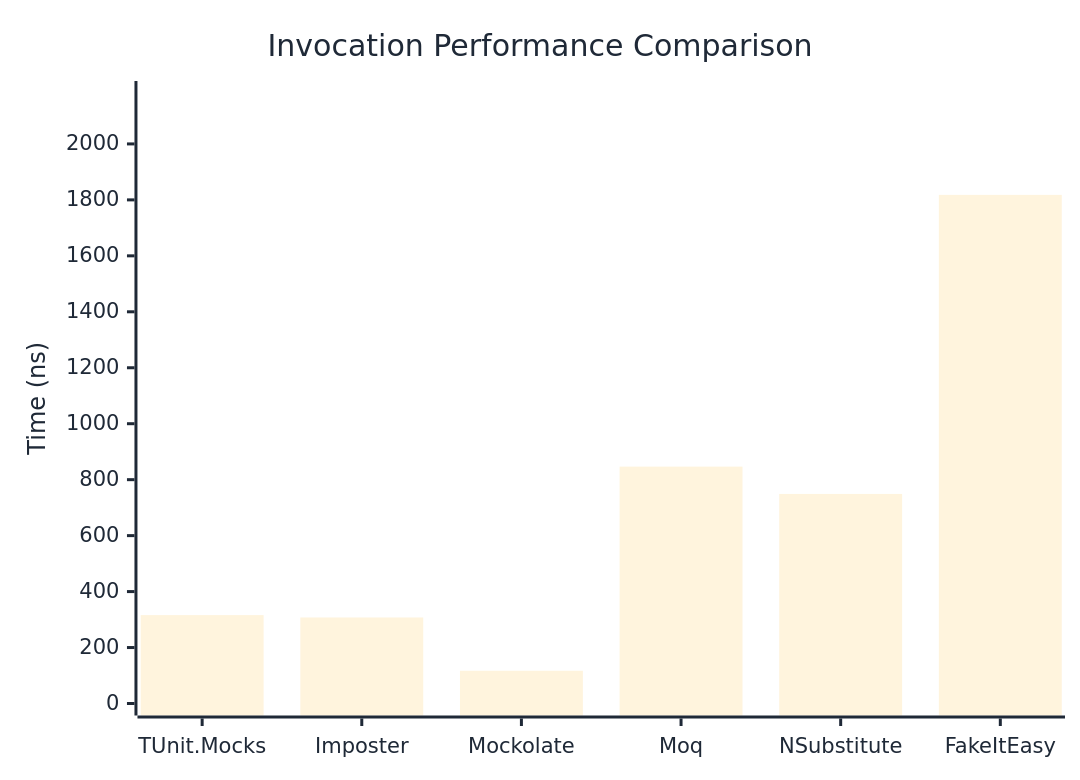
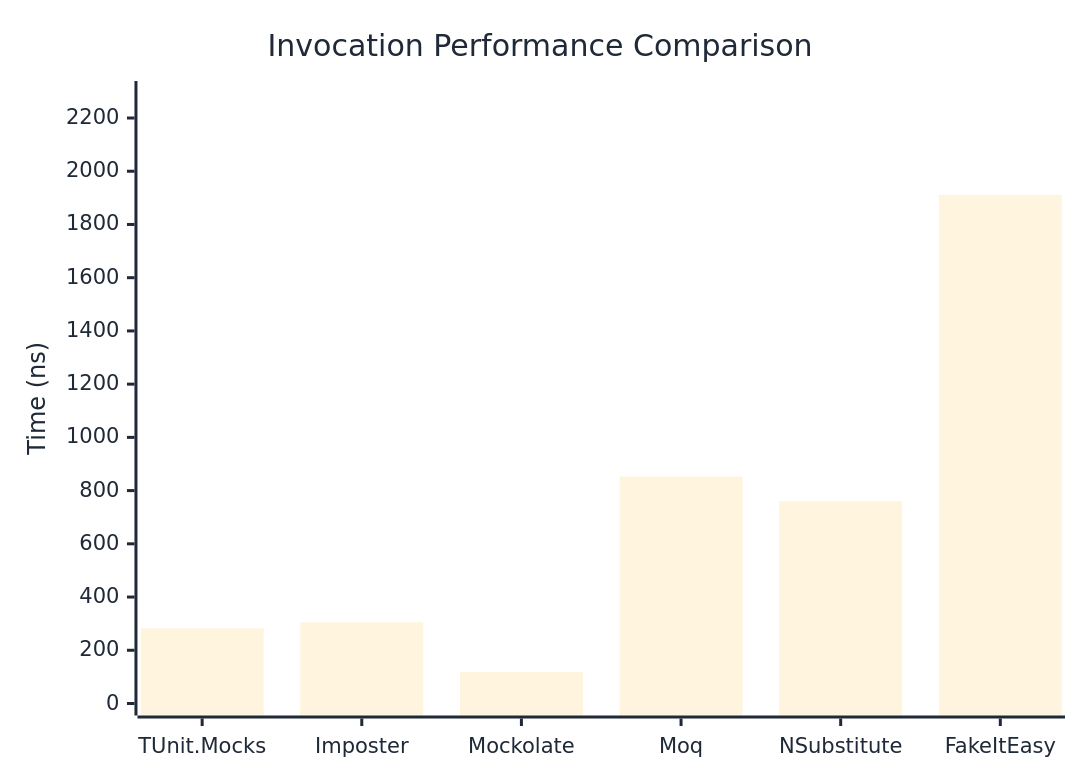
Before and after one commit to thomhurst/TUnit: the first of 3 diagrams in docs/docs/benchmarks/mocks/Invocation.md, drawn with Mermaid. The commit also changed other lines of this file and 14 other files, not shown here.

````diff
--- a/docs/docs/benchmarks/mocks/Invocation.md
+++ b/docs/docs/benchmarks/mocks/Invocation.md
@@ -30,27 +30,27 @@
 ```mermaid
 %%{init: {
   'theme':'base',
   'themeVariables': {
     'primaryColor': '#2563eb',
     'primaryTextColor': '#1f2937',
     'primaryBorderColor': '#1e40af',
     'lineColor': '#6b7280',
     'secondaryColor': '#7c3aed',
     'tertiaryColor': '#dc2626',
     'background': '#ffffff',
     'pie1': '#2563eb',
     'pie2': '#7c3aed',
     'pie3': '#dc2626',
     'pie4': '#f59e0b',
     'pie5': '#10b981',
     'pie6': '#06b6d4',
     'pie7': '#ec4899',
     'pie8': '#6366f1'
   }
 }}%%
 xychart-beta
   title "Invocation Performance Comparison"
   x-axis ["TUnit.Mocks", "Imposter", "Mockolate", "Moq", "NSubstitute", "FakeItEasy"]
-  y-axis "Time (ns)" 0 --> 2182
-  bar [315.9, 307.5, 117, 846.6, 749, 1817.9]
+  y-axis "Time (ns)" 0 --> 2294
+  bar [282.6, 305.2, 118.7, 852.5, 759.7, 1911.4]
 ```
````
